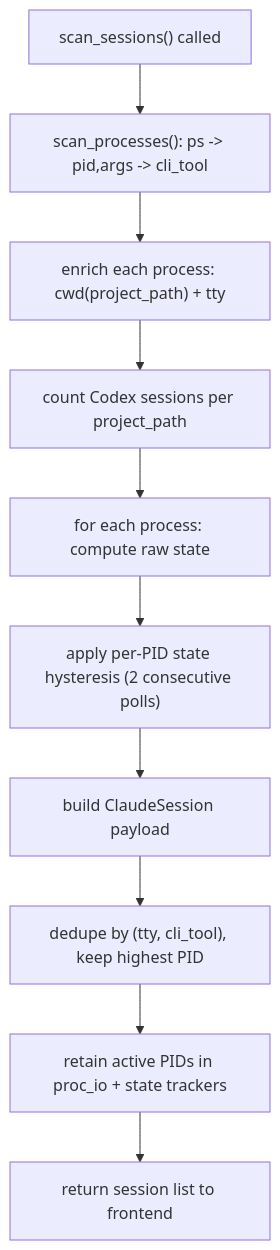
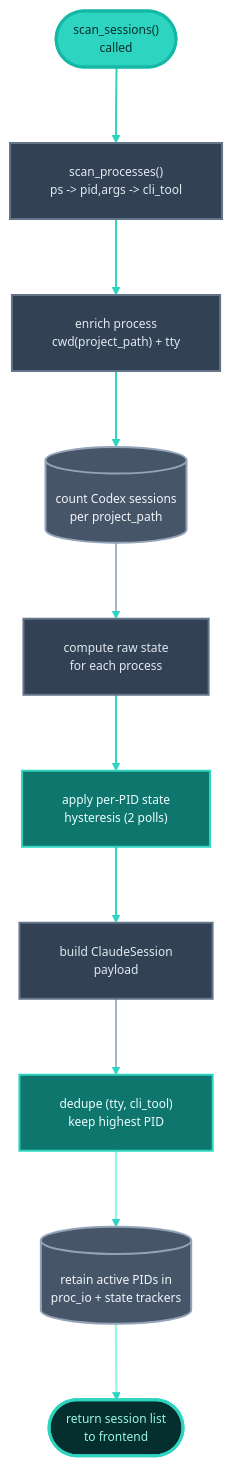
Before and after one commit to taurcasa/taurhaus: the first of 2 diagrams in docs/features/session-management.md, drawn with Mermaid. The commit also changed other lines of this file and 1 other file, not shown here.

First line of the commit message:
style(mermaid): polish diagram styling and center SVG output

````diff
--- a/docs/features/session-management.md
+++ b/docs/features/session-management.md
@@ -51,12 +51,32 @@
 ```mermaid
+%%{init: {
+  'theme': 'base',
+  'themeVariables': {
+    'fontFamily': 'Geist, system-ui, sans-serif',
+    'lineColor': '#2dd4bf',
+    'fontSize': '12px',
+    'edgeLabelBackground': '#2dd4bf'
+  },
+  'flowchart': { 'curve': 'basis', 'padding': 20, 'nodeSpacing': 60, 'rankSpacing': 76, 'wrappingWidth': 280 }
+}}%%
 flowchart TD
-    A["scan_sessions() called"] --> B["scan_processes(): ps -> pid,args -> cli_tool"]
-    B --> C["enrich each process: cwd(project_path) + tty"]
-    C --> D["count Codex sessions per project_path"]
-    D --> E["for each process: compute raw state"]
-    E --> F["apply per-PID state hysteresis (2 consecutive polls)"]
-    F --> G["build ClaudeSession payload"]
-    G --> H["dedupe by (tty, cli_tool), keep highest PID"]
-    H --> I["retain active PIDs in proc_io + state trackers"]
-    I --> J["return session list to frontend"]
+    classDef entry fill:#2dd4bf,stroke:#14b8a6,stroke-width:3px,color:#042f2e
+    classDef step fill:#334155,stroke:#64748b,stroke-width:2px,color:#e2e8f0
+    classDef data fill:#475569,stroke:#94a3b8,stroke-width:2px,color:#f1f5f9
+    classDef key fill:#0f766e,stroke:#2dd4bf,stroke-width:2px,color:#ecfeff
+    classDef output fill:#042f2e,stroke:#2dd4bf,stroke-width:3px,color:#99f6e4
+
+    A(["scan_sessions()<br/>called"]):::entry --> B["scan_processes()<br/>ps -> pid,args -> cli_tool"]:::step
+    B --> C["enrich process<br/>cwd(project_path) + tty"]:::step
+    C --> D[(count Codex sessions<br/>per project_path)]:::data
+    D --> E["compute raw state<br/>for each process"]:::step
+    E --> F["apply per-PID state<br/>hysteresis (2 polls)"]:::key
+    F --> G["build ClaudeSession<br/>payload"]:::step
+    G --> H["dedupe (tty, cli_tool)<br/>keep highest PID"]:::key
+    H --> I[(retain active PIDs in<br/>proc_io + state trackers)]:::data
+    I --> J(["return session list<br/>to frontend"]):::output
+
+    linkStyle default stroke:#2dd4bf,stroke-width:2px
+    linkStyle 3,6 stroke:#94a3b8,stroke-width:1.6px
+    linkStyle 7,8 stroke:#99f6e4,stroke-width:2.4px
 ```
````
